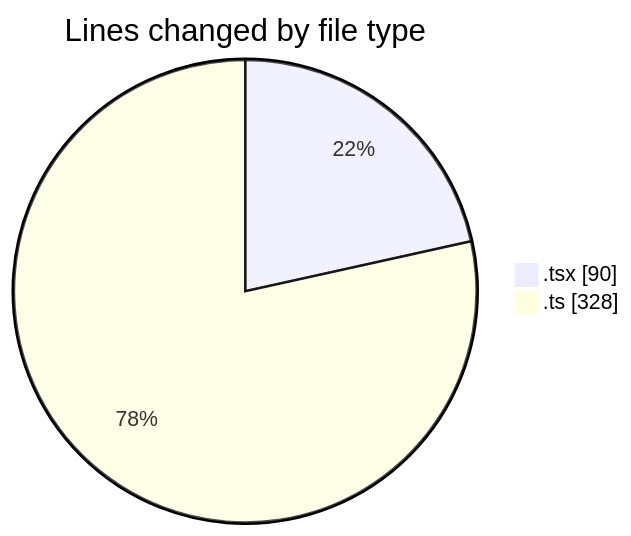
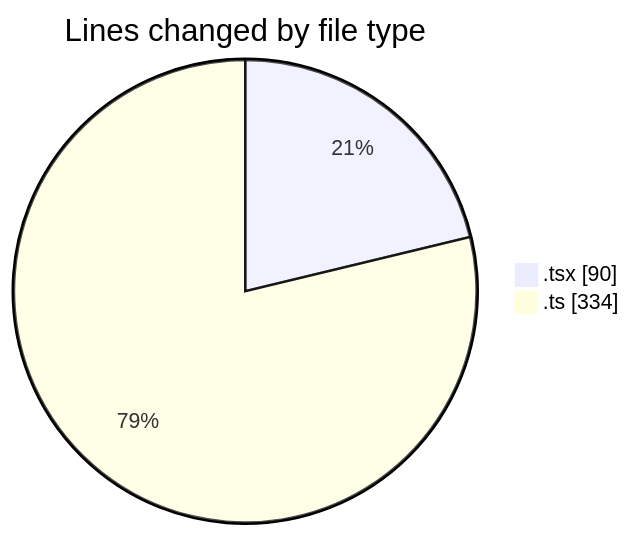
The first of 2 diagrams in 2025-03-10/audiobooks-web/README.md (robertbonfada/code-tracking), drawn with Mermaid before and after one commit. The commit also changed other lines of this file and 1 other file, not shown here.

````diff
--- a/2025-03-10/audiobooks-web/README.md
+++ b/2025-03-10/audiobooks-web/README.md
@@ -25,6 +25,6 @@
 ```mermaid
 pie showData
 title Lines changed by file type
 ".tsx" : 90
-".ts" : 328
+".ts" : 334
 ```
````
